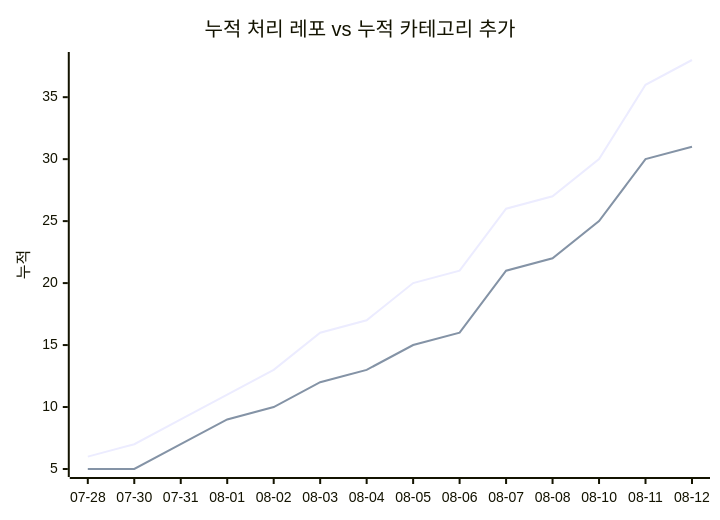
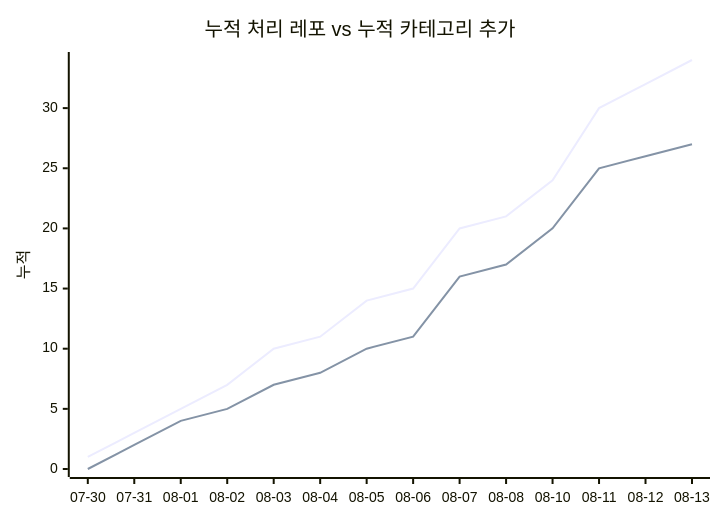
The second of 2 diagrams in docs/trends.md (J-nowcow/awesome-korean-agent-skills), drawn with Mermaid before and after one commit. The commit also changed other lines of this file and 3 other files, not shown here.

````diff
--- a/docs/trends.md
+++ b/docs/trends.md
@@ -68,8 +68,8 @@
 ```mermaid
 xychart-beta
     title "누적 처리 레포 vs 누적 카테고리 추가"
-    x-axis ["07-28","07-30","07-31","08-01","08-02","08-03","08-04","08-05","08-06","08-07","08-08","08-10","08-11","08-12"]
+    x-axis ["07-30","07-31","08-01","08-02","08-03","08-04","08-05","08-06","08-07","08-08","08-10","08-11","08-12","08-13"]
     y-axis "누적"
-    line [6,7,9,11,13,16,17,20,21,26,27,30,36,38]
-    line [5,5,7,9,10,12,13,15,16,21,22,25,30,31]
+    line [1,3,5,7,10,11,14,15,20,21,24,30,32,34]
+    line [0,2,4,5,7,8,10,11,16,17,20,25,26,27]
 ```
````
